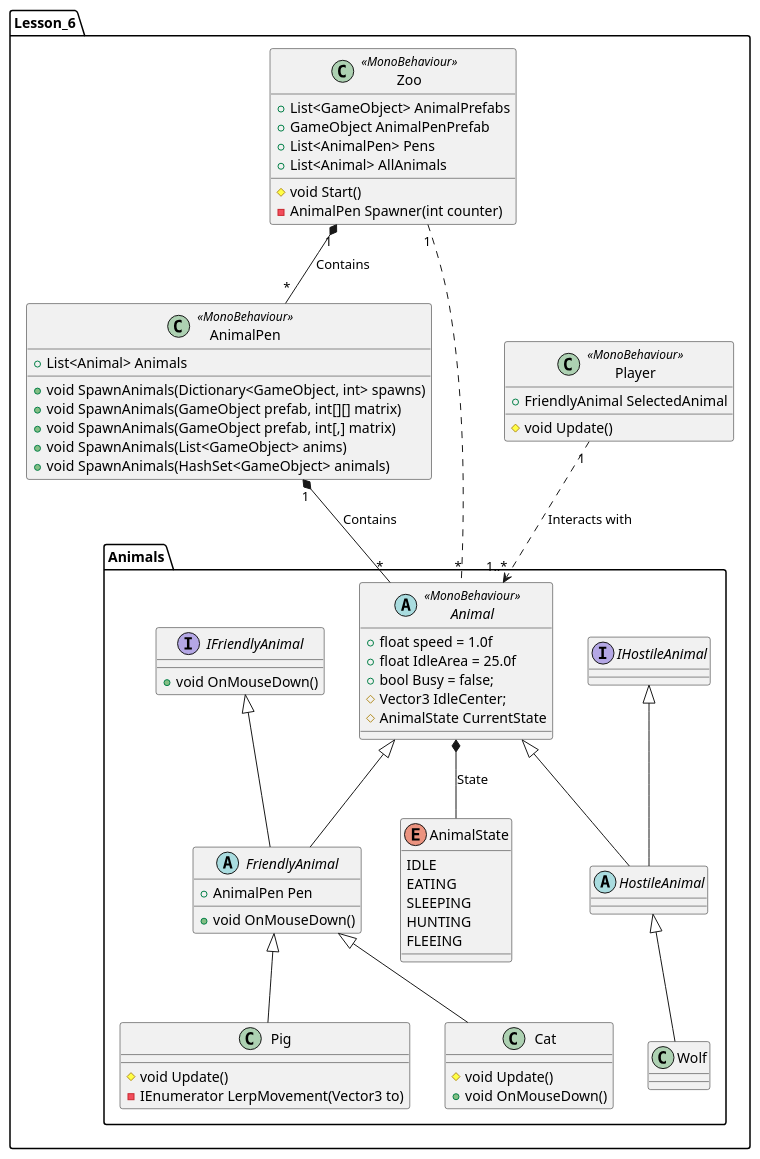
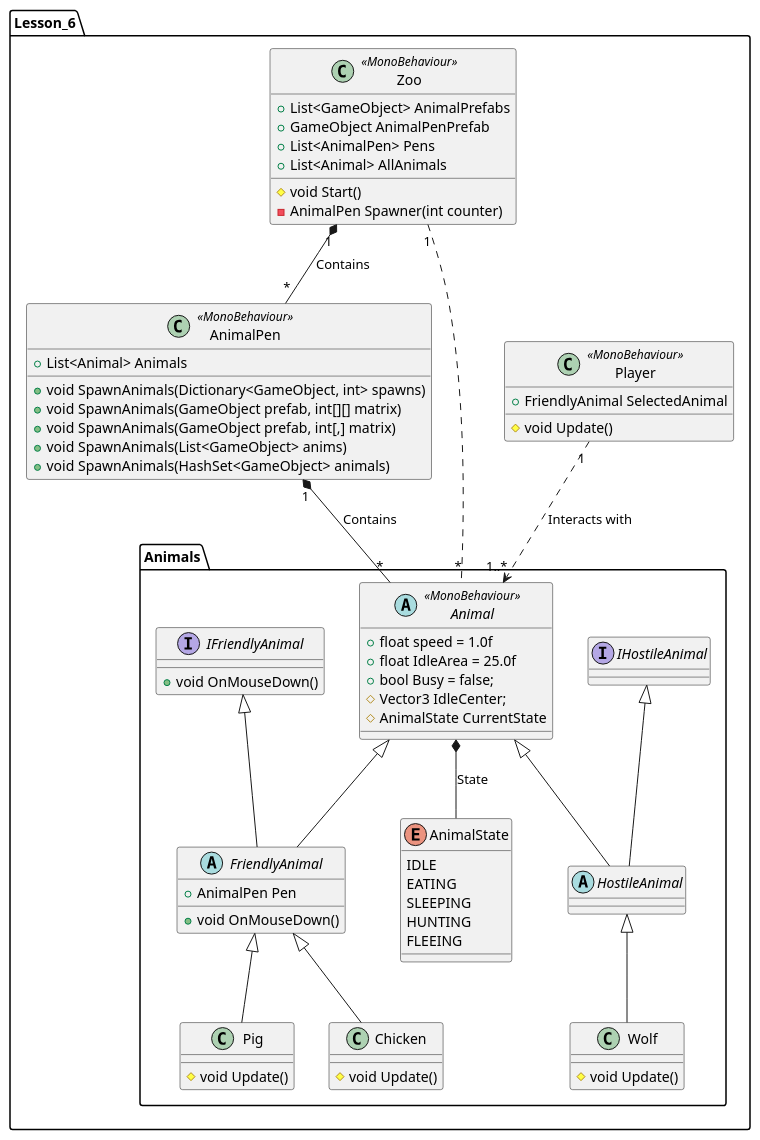
Before and after one commit to Hamsterbil/zOO: the diagram in Assets/6_Lesson_Zoo/Docs/Class.puml, drawn with PlantUML. The commit also changed 1 other file, not shown here.

```diff
--- a/Assets/6_Lesson_Zoo/Docs/Class.puml
+++ b/Assets/6_Lesson_Zoo/Docs/Class.puml
@@ -1,92 +1,92 @@
 @startuml
 
 namespace Lesson_6{
     class AnimalPen <<MonoBehaviour>>{
         + List<Animal> Animals
         + void SpawnAnimals(Dictionary<GameObject, int> spawns)
         + void SpawnAnimals(GameObject prefab, int[][] matrix)
         + void SpawnAnimals(GameObject prefab, int[,] matrix)
         + void SpawnAnimals(List<GameObject> anims)
         + void SpawnAnimals(HashSet<GameObject> animals)
     }
 
     class Player <<MonoBehaviour>>{
         + FriendlyAnimal SelectedAnimal
         # void Update()
     }
 
     class Zoo <<MonoBehaviour>>{
         + List<GameObject> AnimalPrefabs
         + GameObject AnimalPenPrefab
         + List<AnimalPen> Pens
         + List<Animal> AllAnimals
         # void Start()
         - AnimalPen Spawner(int counter)
     }
 
     namespace Animals{
         enum AnimalState{
             IDLE
             EATING
             SLEEPING
             HUNTING
             FLEEING
         }
         abstract class Animal <<MonoBehaviour>>{
             + float speed = 1.0f
             + float IdleArea = 25.0f
             + bool Busy = false;
             # Vector3 IdleCenter;
             # AnimalState CurrentState
         }
 
         abstract class FriendlyAnimal{
             + AnimalPen Pen
             + void OnMouseDown()
         }
 
         abstract class HostileAnimal{
 
         }
 
         interface IFriendlyAnimal{
             + void OnMouseDown()
         }
 
         interface IHostileAnimal{
 
         }
 
-        class Cat{
+        class Chicken{
             # void Update()
-            + void OnMouseDown()
+            
         }
 
         class Pig{
             # void Update()
-            - IEnumerator LerpMovement(Vector3 to)
+        
         }
 
         class Wolf{
-
+            # void Update() 
         }
 
         FriendlyAnimal -up-|> Animal
         FriendlyAnimal -up-|> IFriendlyAnimal
         HostileAnimal -up-|> Animal
         HostileAnimal -up-|> IHostileAnimal
         Wolf -up-|> HostileAnimal
-        Cat -up-|> FriendlyAnimal
+        Chicken -up-|> FriendlyAnimal
         Pig -up-|> FriendlyAnimal
         Animal *-- AnimalState : State
     }
 
     Player "1" ..> "1..*" Lesson_6.Animals.Animal : Interacts with
     AnimalPen "1" *-- "*" Lesson_6.Animals.Animal : Contains
     Zoo "1" *-- "*"  AnimalPen : Contains
     Zoo "1" .. "*"  Lesson_6.Animals.Animal
 
 
 }
 
 @enduml
```
